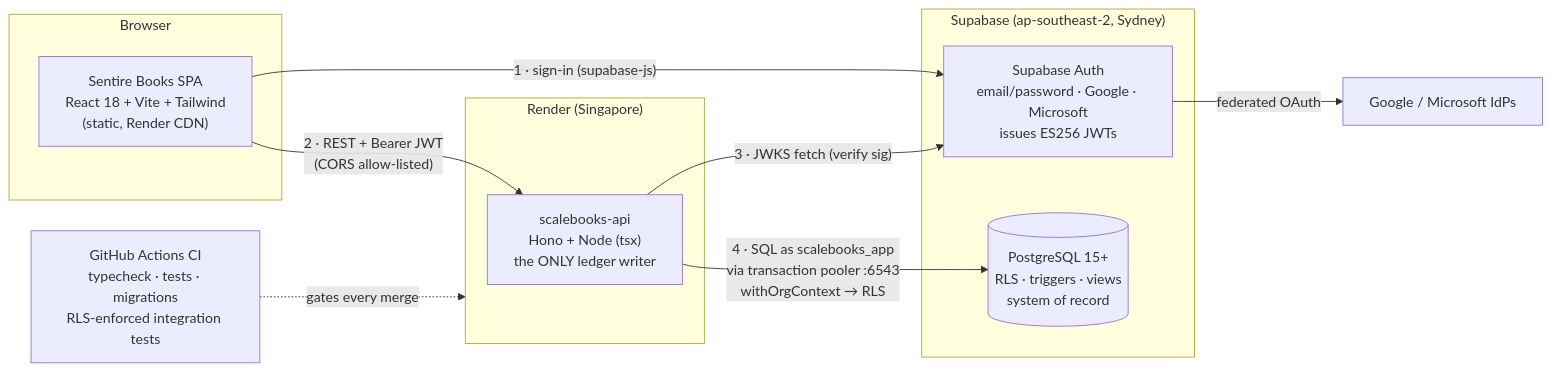
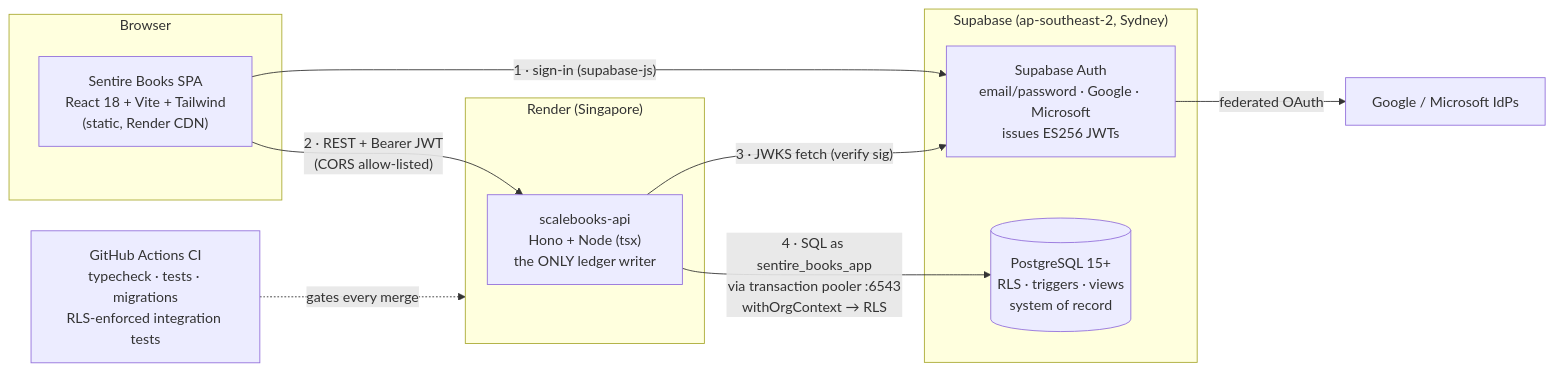
The first of 3 diagrams in docs/SYSTEM-DESIGN.md (markchrc2025/Accounting-Software), drawn with Mermaid before and after one commit. The commit also changed other lines of this file and 12 other files, not shown here.

First line of the commit message:
Rename DB app role to sentire_books_app + handle sslmode=no-verify (Sliplane) (#26)

````diff
--- a/docs/SYSTEM-DESIGN.md
+++ b/docs/SYSTEM-DESIGN.md
@@ -162,25 +162,25 @@
 ```mermaid
 flowchart LR
     subgraph Browser
         SPA["Sentire Books SPA<br/>React 18 + Vite + Tailwind<br/>(static, Render CDN)"]
     end
 
     subgraph Supabase["Supabase (ap-southeast-2, Sydney)"]
         AUTH["Supabase Auth<br/>email/password · Google · Microsoft<br/>issues ES256 JWTs"]
         PG[("PostgreSQL 15+<br/>RLS · triggers · views<br/>system of record")]
     end
 
     subgraph Render["Render (Singapore)"]
         API["scalebooks-api<br/>Hono + Node (tsx)<br/>the ONLY ledger writer"]
     end
 
     IDP["Google / Microsoft IdPs"]
 
     SPA -- "1 · sign-in (supabase-js)" --> AUTH
     AUTH -- "federated OAuth" --> IDP
     SPA -- "2 · REST + Bearer JWT<br/>(CORS allow-listed)" --> API
     API -- "3 · JWKS fetch (verify sig)" --> AUTH
-    API -- "4 · SQL as scalebooks_app<br/>via transaction pooler :6543<br/>withOrgContext → RLS" --> PG
+    API -- "4 · SQL as sentire_books_app<br/>via transaction pooler :6543<br/>withOrgContext → RLS" --> PG
 
     CI["GitHub Actions CI<br/>typecheck · tests · migrations<br/>RLS-enforced integration tests"] -. "gates every merge" .-> Render
 ```
````
